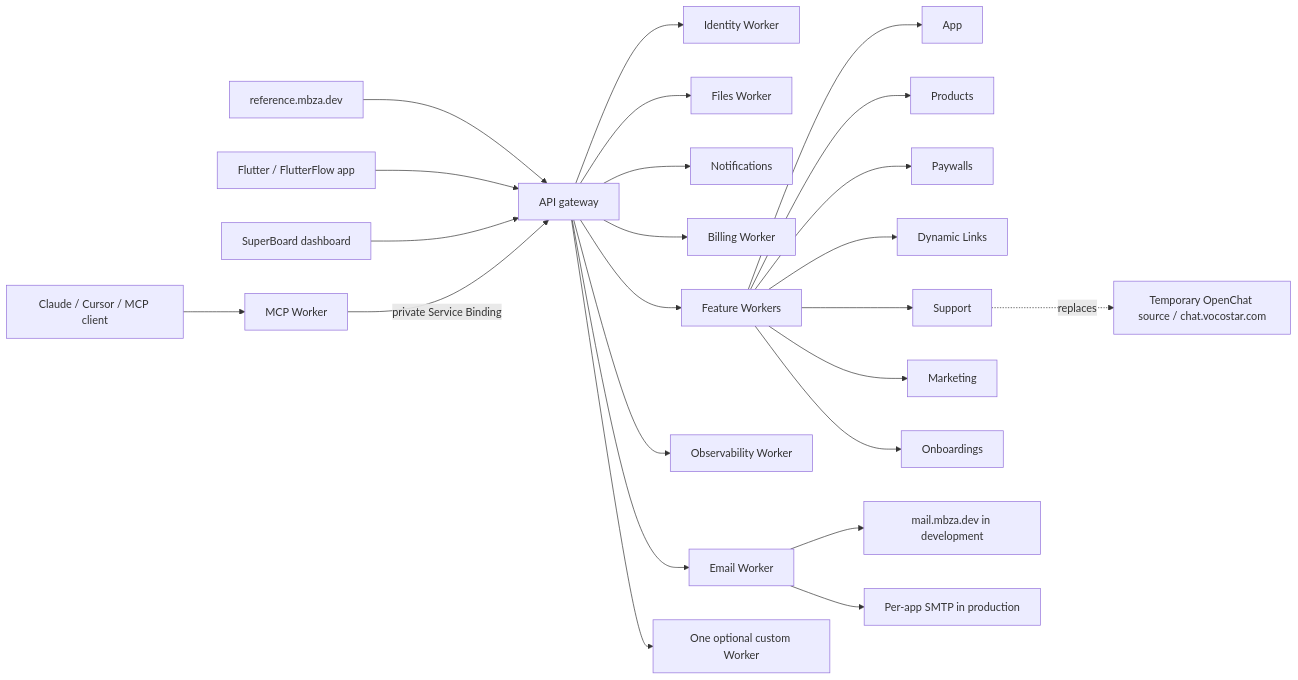
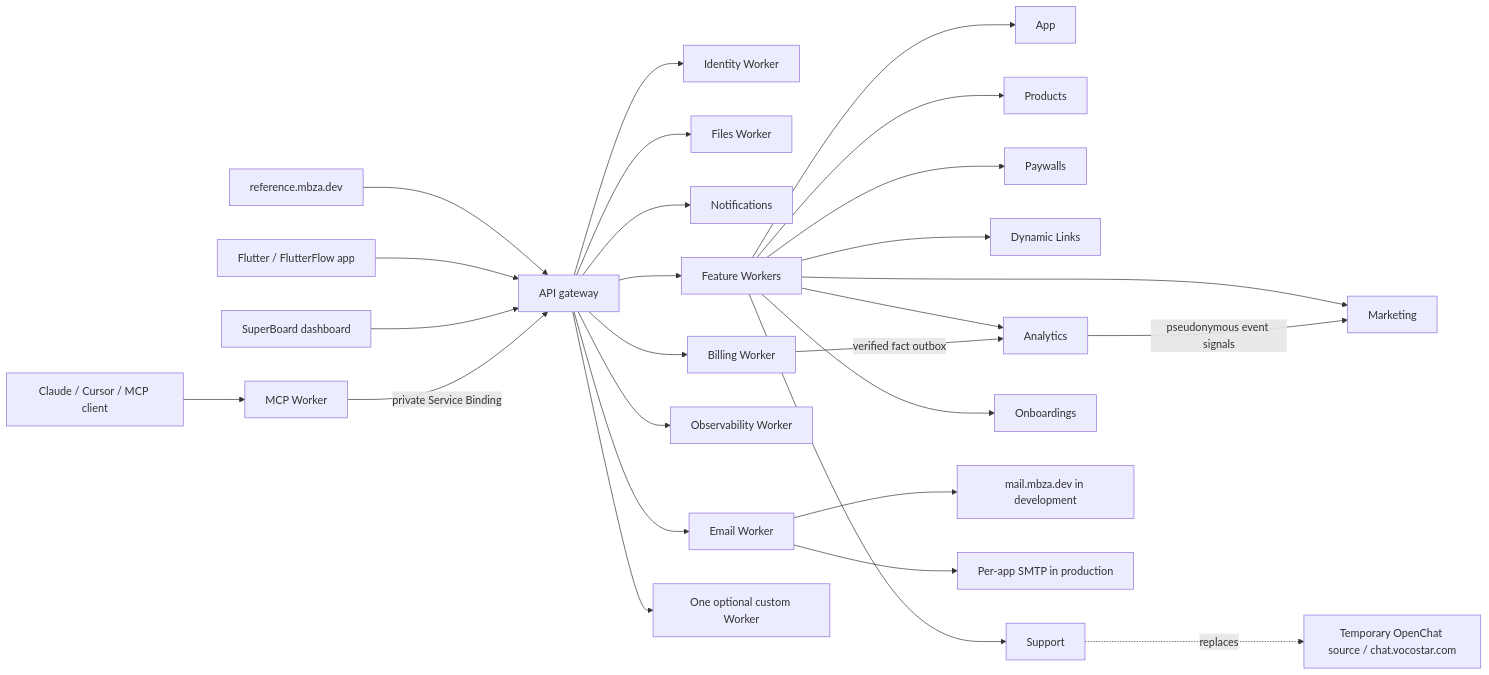
One commit to mabzadev/superboard changed the diagram in docs/REFERENCE_ARCHITECTURE.md. Above: the diagram before and after it, drawn with Mermaid. The commit also changed other lines of this file and 100 other files, not shown here.

Commit message:
feat(platform): add marketing journeys and analytics domain

````diff
--- a/docs/REFERENCE_ARCHITECTURE.md
+++ b/docs/REFERENCE_ARCHITECTURE.md
@@ -58,26 +58,29 @@
 ```mermaid
 flowchart LR
   reference["reference.mbza.dev"] --> api["API gateway"]
   ff["Flutter / FlutterFlow app"] --> api
   admin["SuperBoard dashboard"] --> api
   agent["Claude / Cursor / MCP client"] --> mcp["MCP Worker"]
   mcp -->|"private Service Binding"| api
   api --> identity["Identity Worker"]
   api --> files["Files Worker"]
   api --> notifications["Notifications"]
   api --> billing["Billing Worker"]
   api --> email["Email Worker"]
   api --> observability["Observability Worker"]
   api --> modules["Feature Workers"]
   api --> custom["One optional custom Worker"]
   modules --> app["App"]
   modules --> products["Products"]
   modules --> paywalls["Paywalls"]
   modules --> links["Dynamic Links"]
   modules --> support["Support"]
+  modules --> analytics["Analytics"]
   modules --> marketing["Marketing"]
   modules --> onboardings["Onboardings"]
+  billing -->|"verified fact outbox"| analytics
+  analytics -->|"pseudonymous event signals"| marketing
   email --> capture["mail.mbza.dev in development"]
   email --> smtp["Per-app SMTP in production"]
   support -. replaces .-> chatwoot["Temporary OpenChat source / chat.vocostar.com"]
 ```
````
